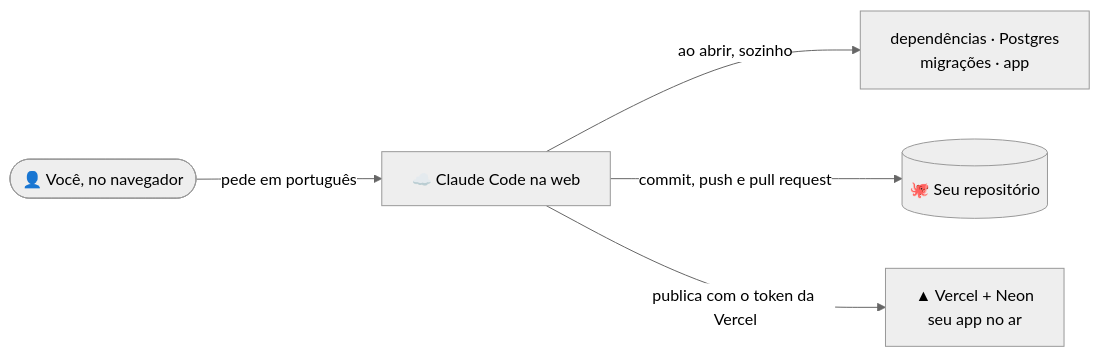
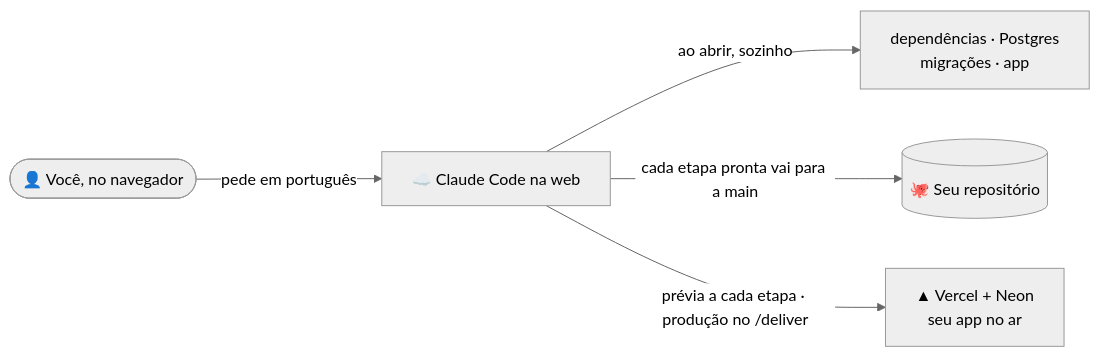
The second of 2 diagrams in PREREQUISITES.md (Blueydata/ai-dev-foundation), drawn with Mermaid (neutral theme) before and after one commit. The commit also changed other lines of this file and 15 other files, not shown here.

````diff
--- a/PREREQUISITES.md
+++ b/PREREQUISITES.md
@@ -27,7 +27,7 @@
 ```mermaid
 flowchart LR
     Voce(["👤 Você, no navegador"]) -->|"pede em português"| Sessao["☁️ Claude Code na web"]
     Sessao -->|"ao abrir, sozinho"| Setup["dependências · Postgres<br/>migrações · app"]
-    Sessao -->|"commit, push e pull request"| GitHub[("🐙 Seu repositório")]
-    Sessao -->|"publica com o token da Vercel"| Vercel["▲ Vercel + Neon<br/>seu app no ar"]
+    Sessao -->|"cada etapa pronta vai para a main"| GitHub[("🐙 Seu repositório")]
+    Sessao -->|"prévia a cada etapa · produção no /deliver"| Vercel["▲ Vercel + Neon<br/>seu app no ar"]
 ```
````
